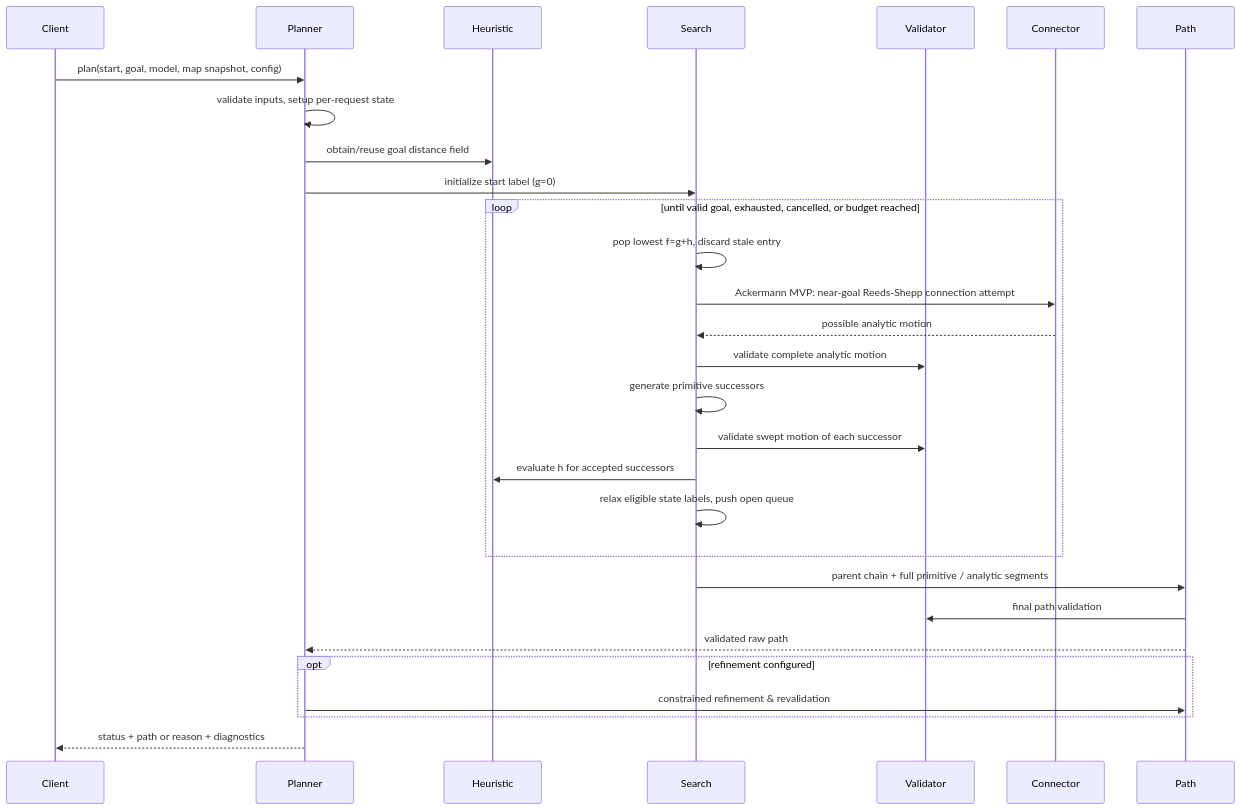
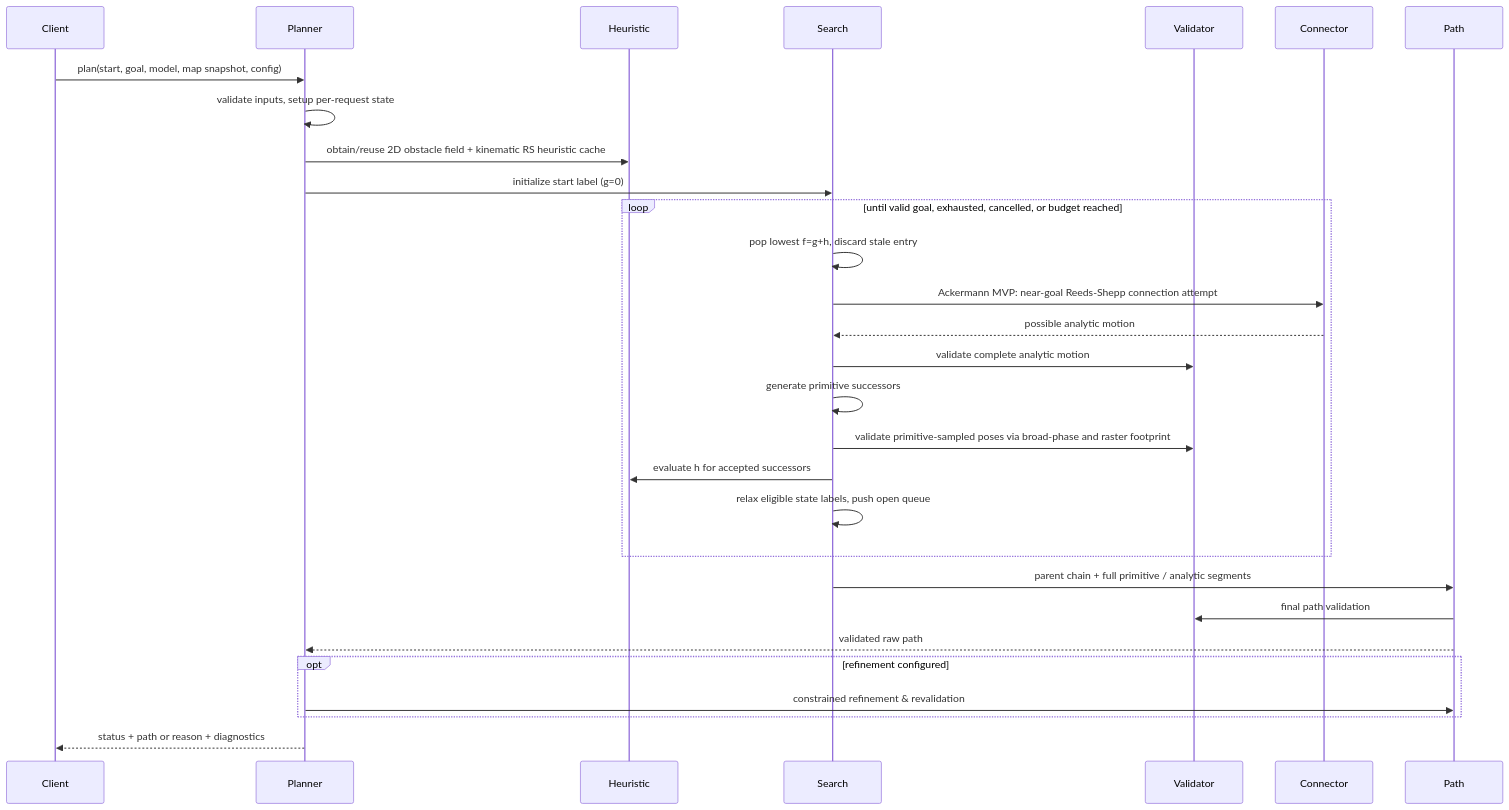
The diagram in docs/architecture/algorithms.md (civcode/hybrid-astar-cpp), drawn with Mermaid before and after one commit. The commit also changed other lines of this file, not shown here.

Commit message:
docs: align algorithms and interfaces with revised heuristic, collision and steering

````diff
--- a/docs/architecture/algorithms.md
+++ b/docs/architecture/algorithms.md
@@ -7,31 +7,31 @@
 ```mermaid
 sequenceDiagram
   participant Client
   participant Planner
   participant Heuristic
   participant Search
   participant Validator
   participant Connector
   participant Path
   Client->>Planner: plan(start, goal, model, map snapshot, config)
   Planner->>Planner: validate inputs, setup per-request state
-  Planner->>Heuristic: obtain/reuse goal distance field
+  Planner->>Heuristic: obtain/reuse 2D obstacle field + kinematic RS heuristic cache
   Planner->>Search: initialize start label (g=0)
   loop until valid goal, exhausted, cancelled, or budget reached
     Search->>Search: pop lowest f=g+h, discard stale entry
     Search->>Connector: Ackermann MVP: near-goal Reeds-Shepp connection attempt
     Connector-->>Search: possible analytic motion
     Search->>Validator: validate complete analytic motion
     Search->>Search: generate primitive successors
-    Search->>Validator: validate swept motion of each successor
+    Search->>Validator: validate primitive-sampled poses via broad-phase and raster footprint
     Search->>Heuristic: evaluate h for accepted successors
     Search->>Search: relax eligible state labels, push open queue
   end
   Search->>Path: parent chain + full primitive / analytic segments
   Path->>Validator: final path validation
   Path-->>Planner: validated raw path
   opt refinement configured
     Planner->>Path: constrained refinement & revalidation
   end
   Planner-->>Client: status + path or reason + diagnostics
 ```
````
